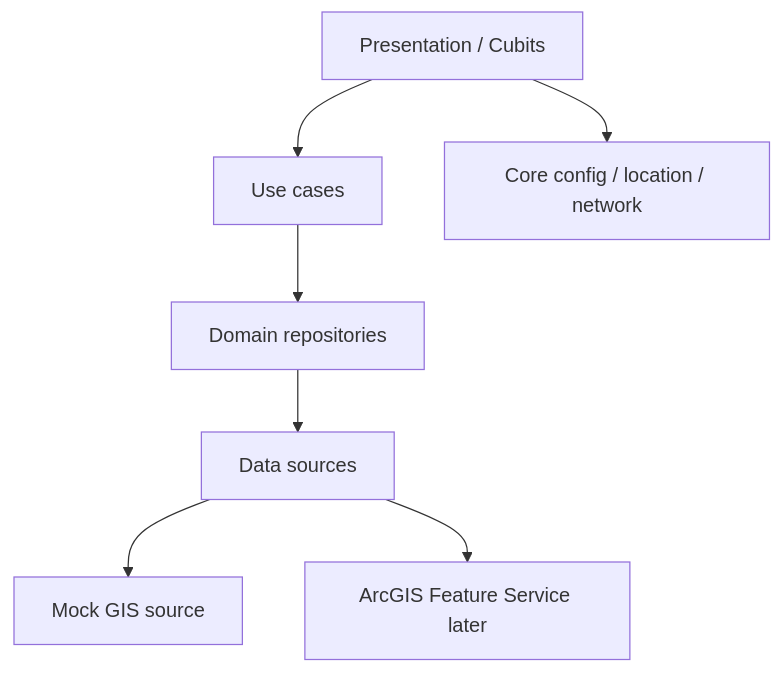
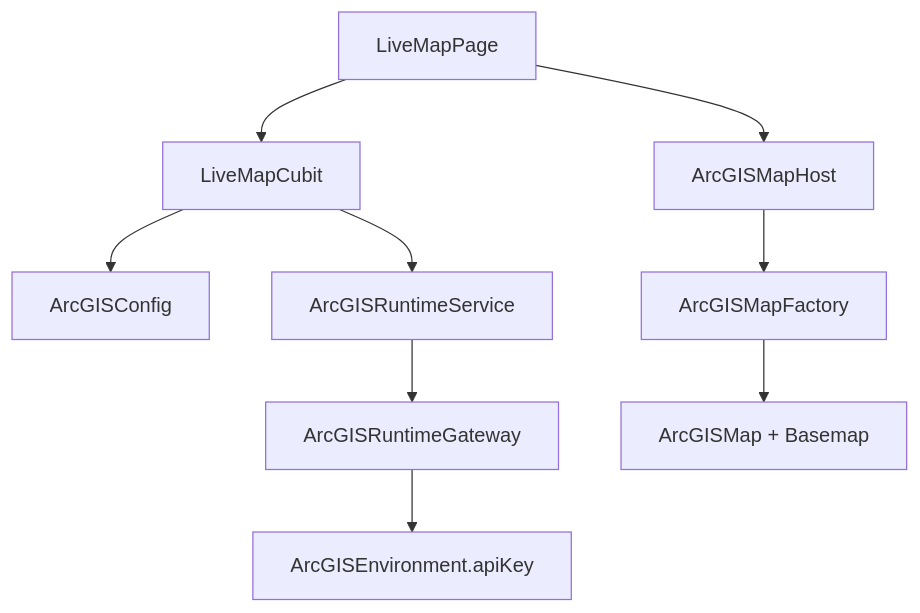
One commit to mihir6441/TransitOps_GIS changed the diagram in README.md. Above: the diagram before and after it, drawn with Mermaid. The commit also changed other lines of this file and 75 other files, not shown here.

````diff
--- a/README.md
+++ b/README.md
@@ -31,9 +31,11 @@
 ```mermaid
 flowchart TD
-  UI[Presentation / Cubits] --> UC[Use cases]
-  UC --> REPO[Domain repositories]
-  REPO --> DATA[Data sources]
-  DATA --> MOCK[Mock GIS source]
-  DATA --> AGOL[ArcGIS Feature Service later]
-  UI --> CORE[Core config / location / network]
+  UI[LiveMapPage] --> CUBIT[LiveMapCubit]
+  CUBIT --> CFG[ArcGISConfig]
+  CUBIT --> RT[ArcGISRuntimeService]
+  RT --> GW[ArcGISRuntimeGateway]
+  GW --> ENV[ArcGISEnvironment.apiKey]
+  UI --> HOST[ArcGISMapHost]
+  HOST --> FACTORY[ArcGISMapFactory]
+  FACTORY --> MAP[ArcGISMap + Basemap]
 ```
````
